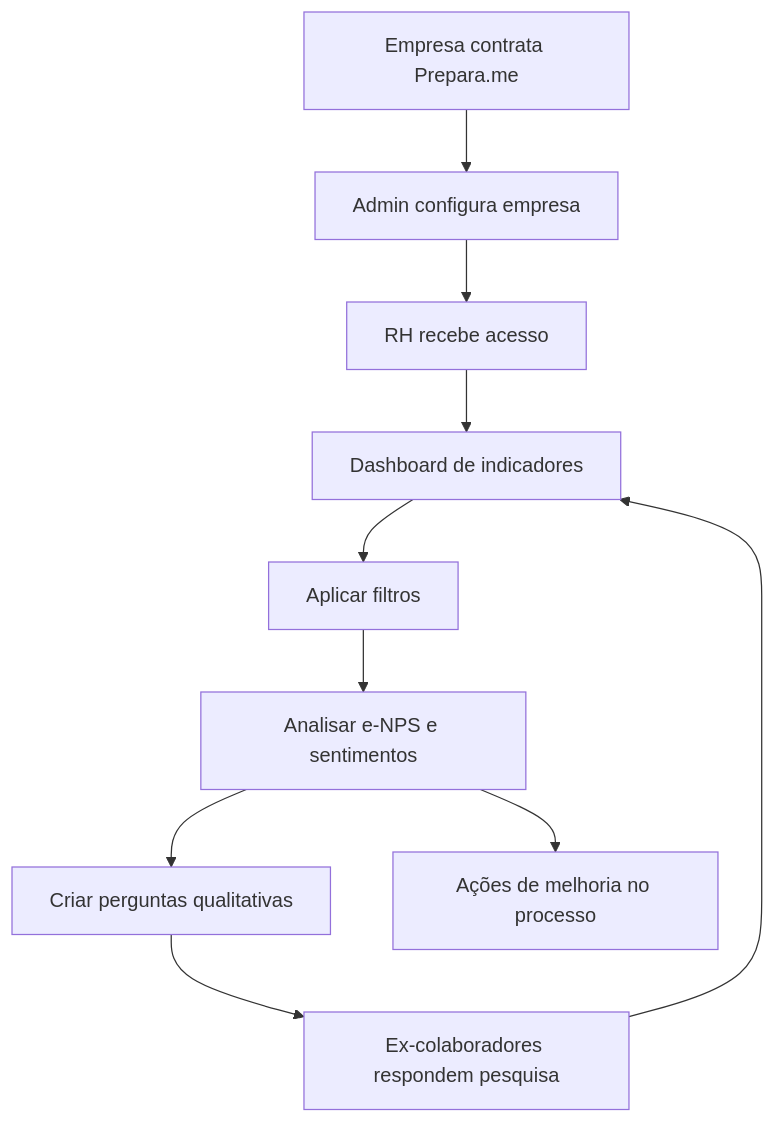
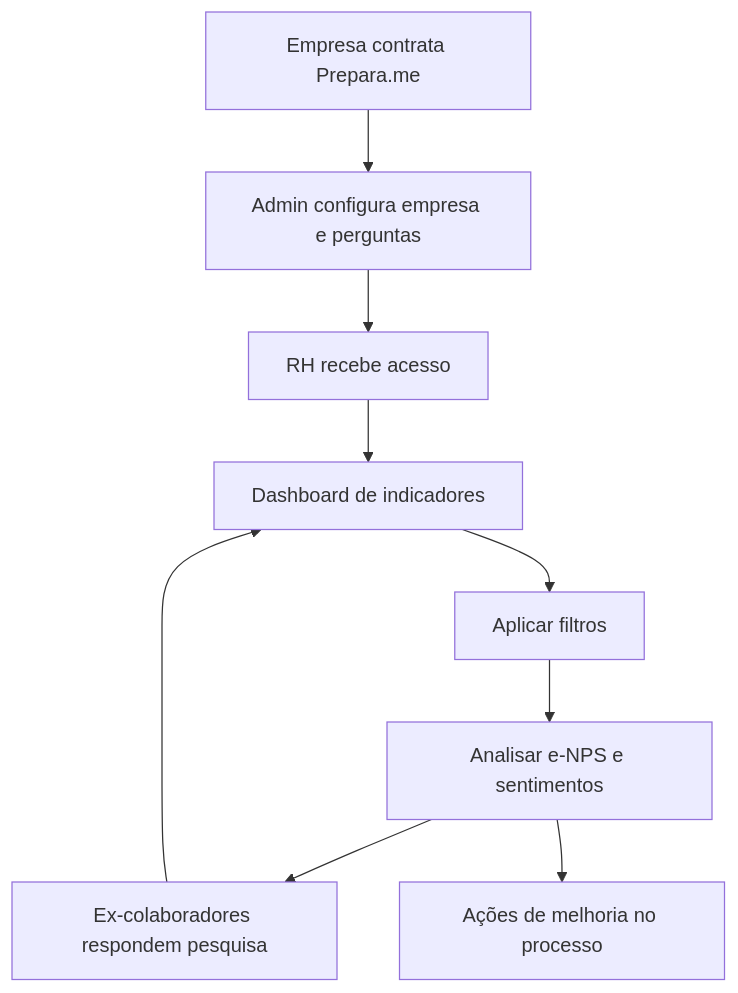
Before and after one commit to RosaCordeiro/preparame-platform: the diagram in docs/07-jornadas/jornada-do-rh-empresa.md, drawn with Mermaid. The commit also changed other lines of this file and 38 other files, not shown here.

````diff
--- a/docs/07-jornadas/jornada-do-rh-empresa.md
+++ b/docs/07-jornadas/jornada-do-rh-empresa.md
@@ -13,12 +13,11 @@
 ```mermaid
 flowchart TD
-  Contrato[Empresa contrata Prepara.me] --> Config[Admin configura empresa]
+  Contrato[Empresa contrata Prepara.me] --> Config[Admin configura empresa e perguntas]
   Config --> Acesso[RH recebe acesso]
   Acesso --> Dashboard[Dashboard de indicadores]
   Dashboard --> Filtros[Aplicar filtros]
   Filtros --> Analise[Analisar e-NPS e sentimentos]
-  Analise --> Perguntas[Criar perguntas qualitativas]
-  Perguntas --> Convite[Ex-colaboradores respondem pesquisa]
+  Analise --> Convite[Ex-colaboradores respondem pesquisa]
   Convite --> Dashboard
   Analise --> Acoes[Ações de melhoria no processo]
 ```
````
